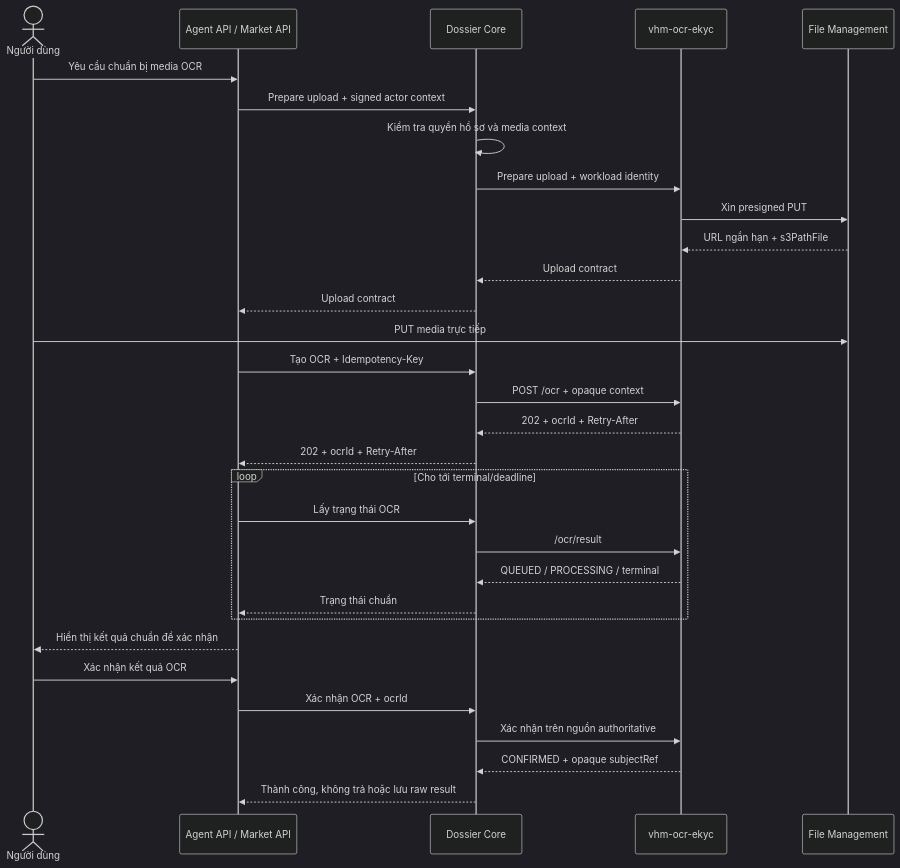
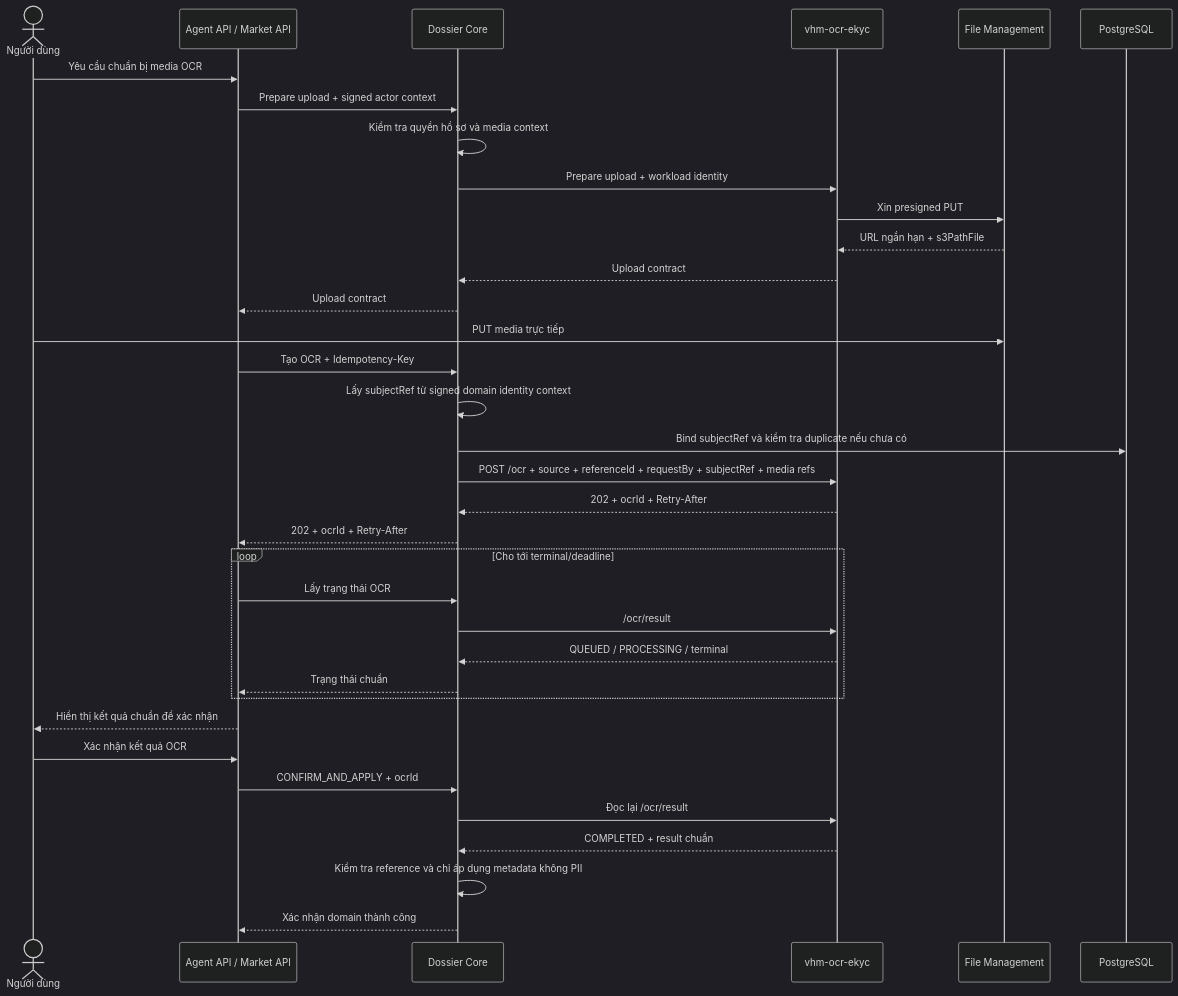
The seventh of 8 diagrams in tdd-dossier.md (huynv-xyz/vhm), drawn with Mermaid (dark theme) before and after one commit. The commit also changed other lines of this file, not shown here.

````diff
--- a/tdd-dossier.md
+++ b/tdd-dossier.md
@@ -773,34 +778,38 @@
 ```mermaid
 sequenceDiagram
     actor U as Người dùng
     participant B as Agent API / Market API
     participant C as Dossier Core
     participant O as vhm-ocr-ekyc
     participant F as File Management
+    participant D as PostgreSQL
 
     U->>B: Yêu cầu chuẩn bị media OCR
     B->>C: Prepare upload + signed actor context
     C->>C: Kiểm tra quyền hồ sơ và media context
     C->>O: Prepare upload + workload identity
     O->>F: Xin presigned PUT
     F-->>O: URL ngắn hạn + s3PathFile
     O-->>C: Upload contract
     C-->>B: Upload contract
     U->>F: PUT media trực tiếp
     B->>C: Tạo OCR + Idempotency-Key
-    C->>O: POST /ocr + opaque context
+    C->>C: Lấy subjectRef từ signed domain identity context
+    C->>D: Bind subjectRef và kiểm tra duplicate nếu chưa có
+    C->>O: POST /ocr + source + referenceId + requestBy + subjectRef + media refs
     O-->>C: 202 + ocrId + Retry-After
     C-->>B: 202 + ocrId + Retry-After
     loop Cho tới terminal/deadline
         B->>C: Lấy trạng thái OCR
         C->>O: /ocr/result
         O-->>C: QUEUED / PROCESSING / terminal
         C-->>B: Trạng thái chuẩn
     end
     B-->>U: Hiển thị kết quả chuẩn để xác nhận
     U->>B: Xác nhận kết quả OCR
-    B->>C: Xác nhận OCR + ocrId
-    C->>O: Xác nhận trên nguồn authoritative
-    O-->>C: CONFIRMED + opaque subjectRef
-    C-->>B: Thành công, không trả hoặc lưu raw result
+    B->>C: CONFIRM_AND_APPLY + ocrId
+    C->>O: Đọc lại /ocr/result
+    O-->>C: COMPLETED + result chuẩn
+    C->>C: Kiểm tra reference và chỉ áp dụng metadata không PII
+    C-->>B: Xác nhận domain thành công
 ```
````
